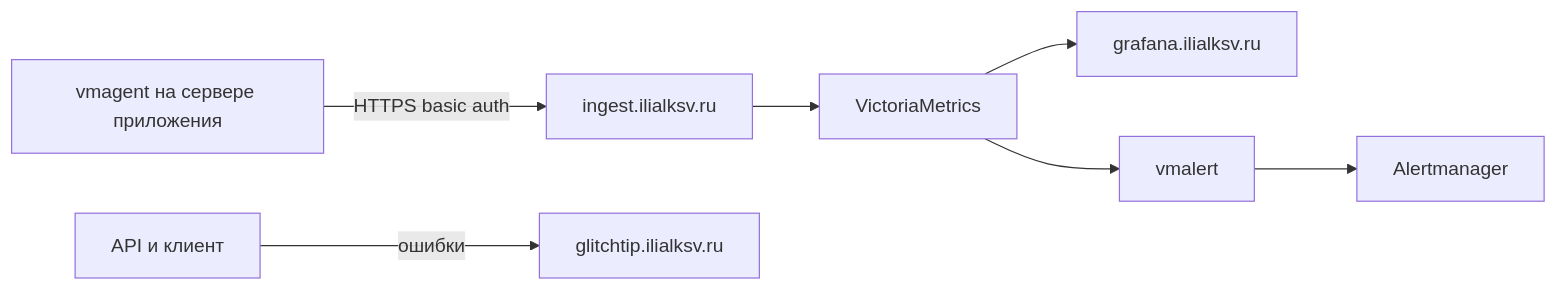
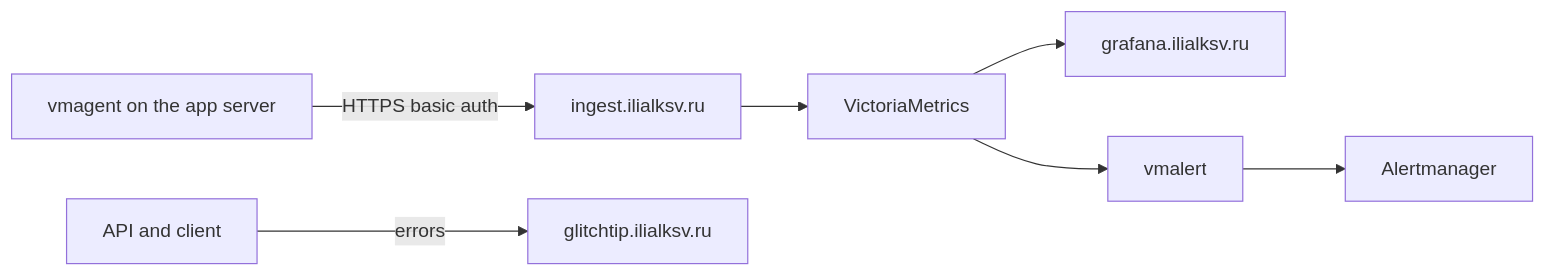
Before and after one commit to ilialksv/ilialksv-monitoring: the diagram in README.md, drawn with Mermaid. The commit also changed other lines of this file and 9 other files, not shown here.

````diff
--- a/README.md
+++ b/README.md
@@ -17,9 +17,9 @@
 ```mermaid
 flowchart LR
-  Agent["vmagent на сервере приложения"] -->|"HTTPS basic auth"| Vmauth["ingest.ilialksv.ru"]
+  Agent["vmagent on the app server"] -->|"HTTPS basic auth"| Vmauth["ingest.ilialksv.ru"]
   Vmauth --> VM["VictoriaMetrics"]
   VM --> Grafana["grafana.ilialksv.ru"]
   VM --> Vmalert["vmalert"]
   Vmalert --> Alertmanager
-  Apps["API и клиент"] -->|ошибки| GlitchTip["glitchtip.ilialksv.ru"]
+  Apps["API and client"] -->|errors| GlitchTip["glitchtip.ilialksv.ru"]
 ```
````
